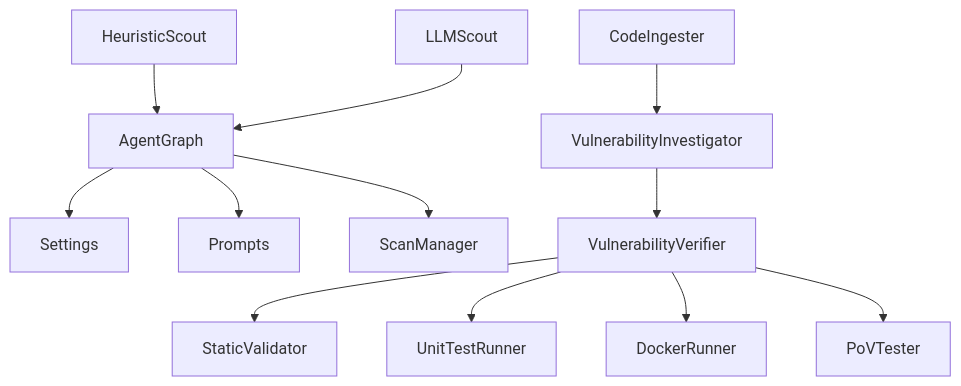
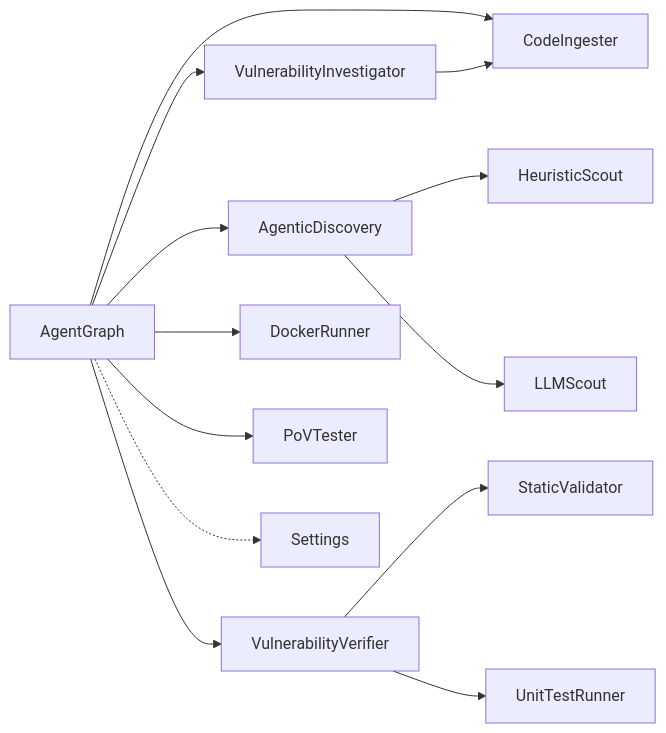
The sixth of 6 diagrams in .qoder/repowiki/en/content/Agent System/Agent System.md (keysight-anya/AutoPoV), drawn with Mermaid before and after one commit. The commit also changed other lines of this file and 150 other files, not shown here.

````diff
--- a/.qoder/repowiki/en/content/Agent System/Agent System.md
+++ b/.qoder/repowiki/en/content/Agent System/Agent System.md
@@ -457,18 +331,15 @@
 ```mermaid
-graph TB
-CFG["Settings"]
-PR["Prompts"]
-AG["AgentGraph"]
-SM["ScanManager"]
-HS["HeuristicScout"] --> AG
-LLM_S["LLMScout"] --> AG
-CI["CodeIngester"] --> INV["VulnerabilityInvestigator"]
-INV --> VFY["VulnerabilityVerifier"]
-VFY --> SV["StaticValidator"]
-VFY --> UTR["UnitTestRunner"]
-VFY --> DR["DockerRunner"]
-VFY --> PT["PoVTester"]
-AG --> SM
-AG --> CFG
-AG --> PR
+graph LR
+AG["AgentGraph"] --> CI["CodeIngester"]
+AG --> AD["AgenticDiscovery"]
+AD --> HS["HeuristicScout"]
+AD --> LLMSC["LLMScout"]
+AG --> INV["VulnerabilityInvestigator"]
+INV --> CI
+AG --> VER["VulnerabilityVerifier"]
+VER --> SV["StaticValidator"]
+VER --> UTR["UnitTestRunner"]
+AG --> DR["DockerRunner"]
+AG --> PT["PoVTester"]
+AG -.-> CFG["Settings"]
 ```
````
